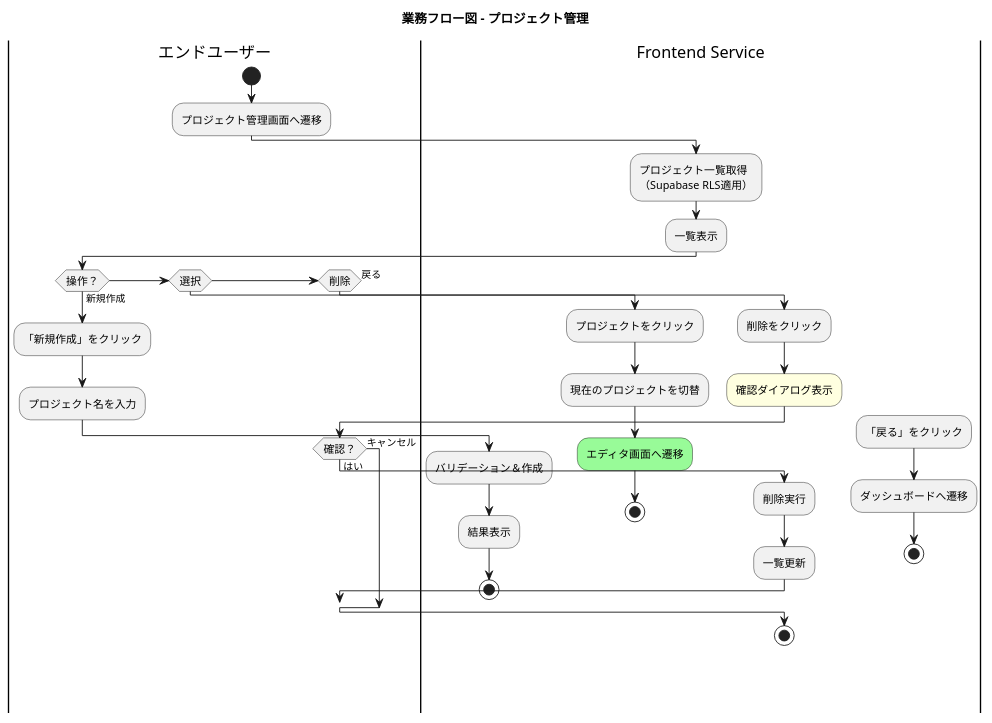
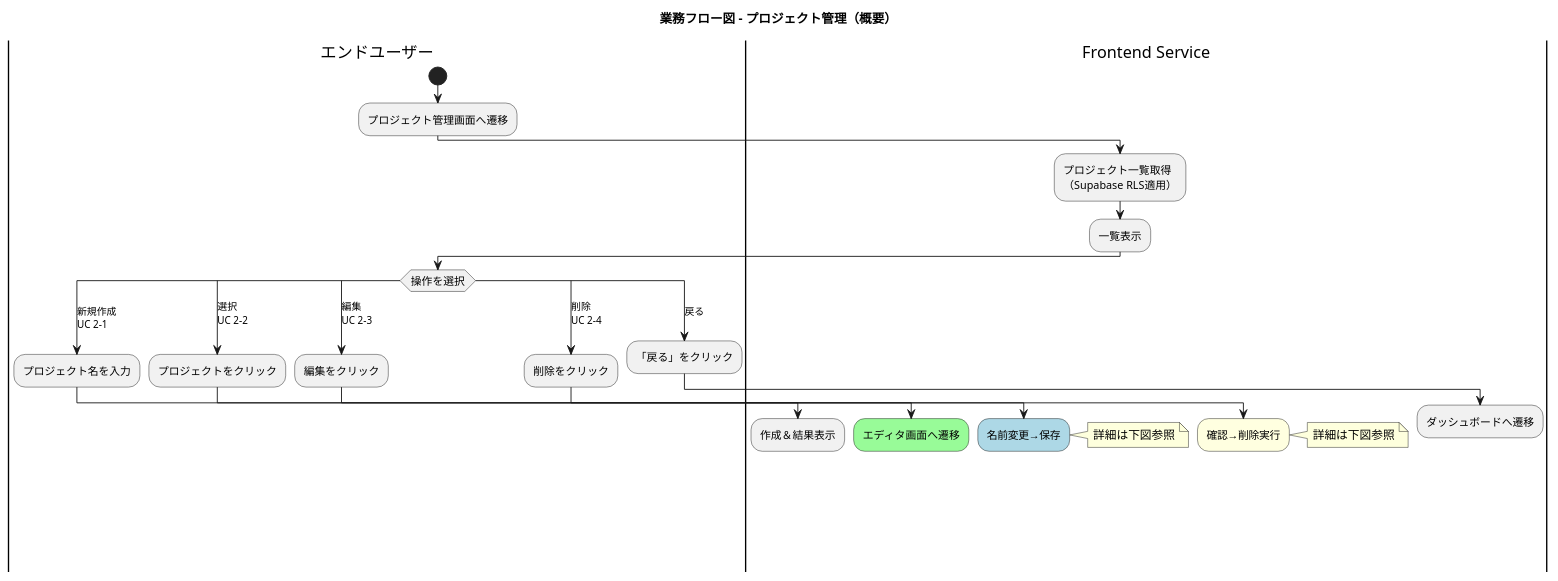
Before and after one commit to yoshiwo3/PlantUML2_Opus4.5: the fifth of 10 diagrams in docs/proposals/PlantUML_Studio_業務フロー図_20251201.md, drawn with PlantUML. The commit also changed other lines of this file and 10 other files, not shown here.

First line of the commit message:
feat(project-management): UC 2-4追加、CRUD順序整理、UX設計思想ドキュメント化

````diff
--- a/docs/proposals/PlantUML_Studio_業務フロー図_20251201.md
+++ b/docs/proposals/PlantUML_Studio_業務フロー図_20251201.md
@@ -590,50 +721,52 @@
 ```plantuml
-@startuml business_flow_project_management
+@startuml business_flow_project_management_overview
+skinparam ActivityFontSize 12
 skinparam ConditionEndStyle hline
-skinparam ActivityFontSize 12
 
-title 業務フロー図 - プロジェクト管理
+title 業務フロー図 - プロジェクト管理（概要）
 
 |エンドユーザー|
 start
 :プロジェクト管理画面へ遷移;
 
 |Frontend Service|
 :プロジェクト一覧取得\n（Supabase RLS適用）;
 :一覧表示;
 
 |エンドユーザー|
-if (操作？) then (新規作成)
-  :「新規作成」をクリック;
+switch (操作を選択)
+case (新規作成\nUC 2-1)
   :プロジェクト名を入力;
   |Frontend Service|
-  :バリデーション＆作成;
-  :結果表示;
-  stop
-elseif (選択) then
+  :作成＆結果表示;
+  detach
+case (選択\nUC 2-2)
+  |エンドユーザー|
   :プロジェクトをクリック;
   |Frontend Service|
-  :現在のプロジェクトを切替;
   #palegreen:エディタ画面へ遷移;
-  stop
-elseif (削除) then
+  detach
+case (編集\nUC 2-3)
+  |エンドユーザー|
+  :編集をクリック;
+  |Frontend Service|
+  #lightblue:名前変更→保存;
+  note right: 詳細は下図参照
+  detach
+case (削除\nUC 2-4)
+  |エンドユーザー|
   :削除をクリック;
   |Frontend Service|
-  #lightyellow:確認ダイアログ表示;
+  #lightyellow:確認→削除実行;
+  note right: 詳細は下図参照
+  detach
+case (戻る)
   |エンドユーザー|
-  if (確認？) then (はい)
-    |Frontend Service|
-    :削除実行;
-    :一覧更新;
-  else (キャンセル)
-  endif
-  stop
-else (戻る)
   :「戻る」をクリック;
   |Frontend Service|
   :ダッシュボードへ遷移;
-  stop
-endif
+  detach
+endswitch
 
 @enduml
 ```
````
